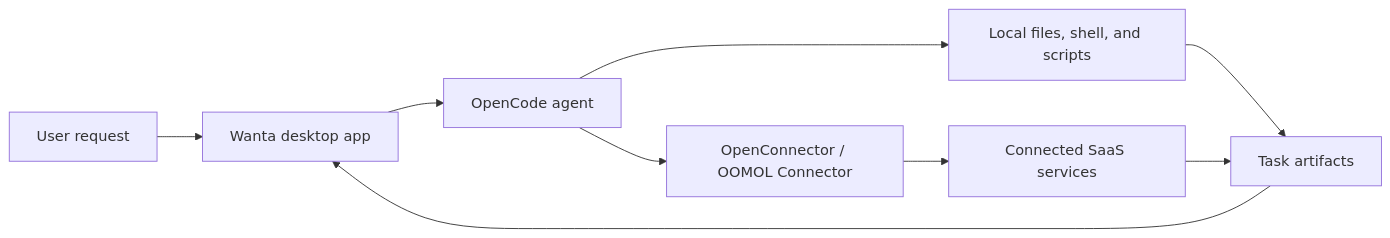
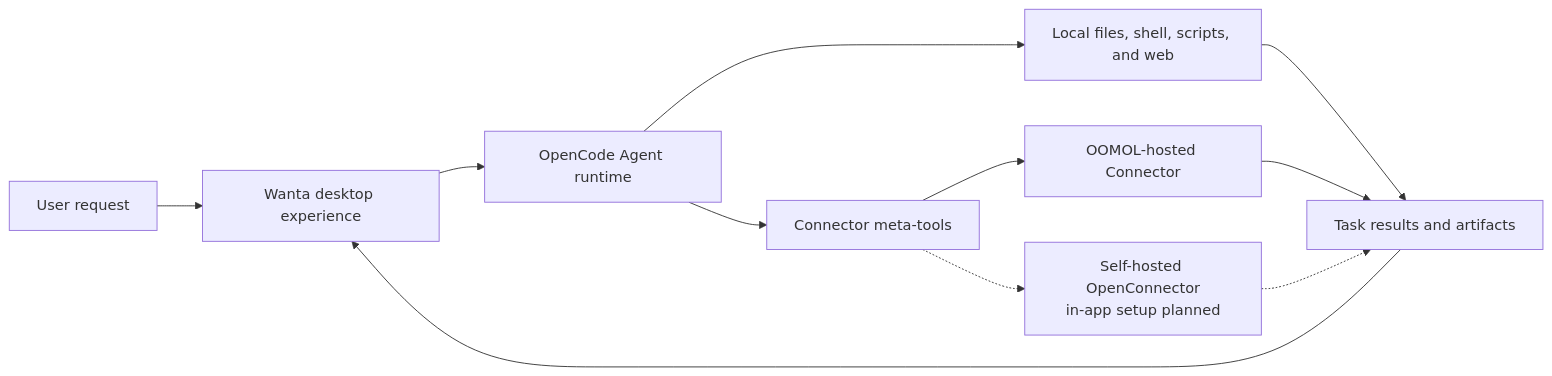
Before and after one commit to oomol-lab/wanta: the diagram in README.md, drawn with Mermaid. The commit also changed other lines of this file, not shown here.

Commit message:
docs: reposition README for open-source developers

````diff
--- a/README.md
+++ b/README.md
@@ -51,11 +170,13 @@
 ```mermaid
 flowchart LR
-  User["User request"] --> Wanta["Wanta desktop app"]
-  Wanta --> Agent["OpenCode agent"]
-  Agent --> Connector["OpenConnector / OOMOL Connector"]
-  Agent --> Local["Local files, shell, and scripts"]
-  Connector --> Apps["Connected SaaS services"]
-  Local --> Result["Task artifacts"]
-  Apps --> Result
-  Result --> Wanta
+  User["User request"] --> UI["Wanta desktop experience"]
+  UI --> Agent["OpenCode Agent runtime"]
+  Agent --> Local["Local files, shell, scripts, and web"]
+  Agent --> Link["Connector meta-tools"]
+  Link --> Hosted["OOMOL-hosted Connector"]
+  Link -.-> SelfHosted["Self-hosted OpenConnector<br/>in-app setup planned"]
+  Local --> Result["Task results and artifacts"]
+  Hosted --> Result
+  SelfHosted -.-> Result
+  Result --> UI
 ```
````
